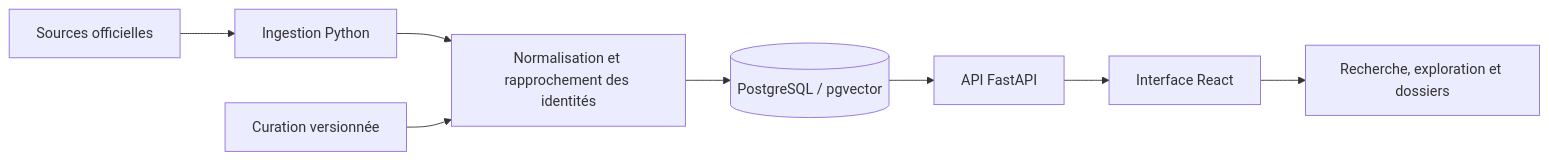
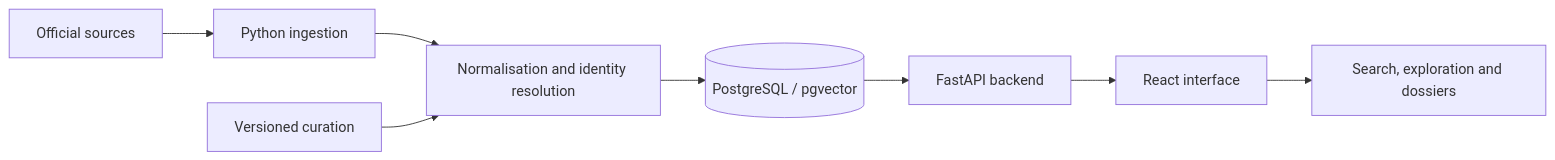
The diagram in docs/architecture.md (charlottecrocicchia-netizen/orion), drawn with Mermaid before and after one commit. The commit also changed other lines of this file and 8 other files, not shown here.

````diff
--- a/docs/architecture.md
+++ b/docs/architecture.md
@@ -7,10 +7,10 @@
 ```mermaid
 flowchart LR
-    A[Sources officielles] --> B[Ingestion Python]
-    B --> C[Normalisation et rapprochement des identités]
+    A[Official sources] --> B[Python ingestion]
+    B --> C[Normalisation and identity resolution]
     C --> D[(PostgreSQL / pgvector)]
-    E[Curation versionnée] --> C
-    D --> F[API FastAPI]
-    F --> G[Interface React]
-    G --> H[Recherche, exploration et dossiers]
+    E[Versioned curation] --> C
+    D --> F[FastAPI backend]
+    F --> G[React interface]
+    G --> H[Search, exploration and dossiers]
 ```
````
